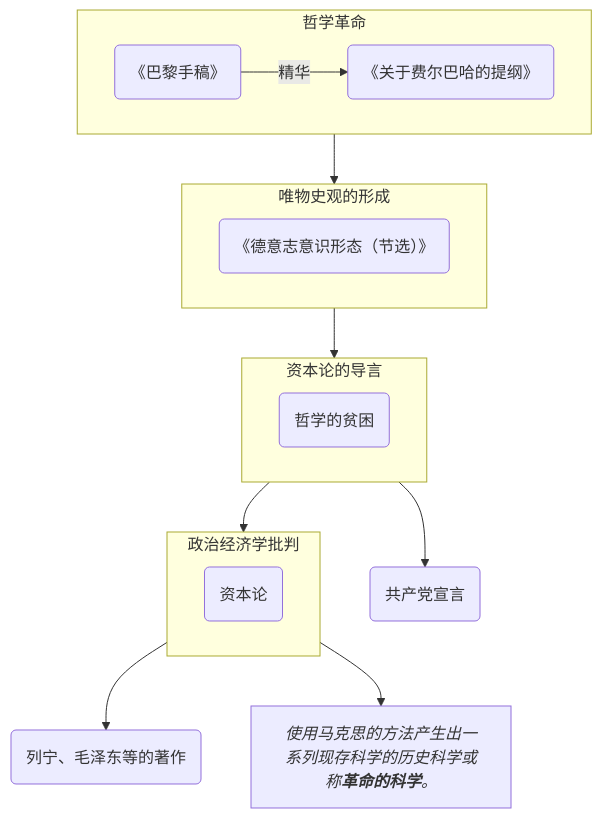
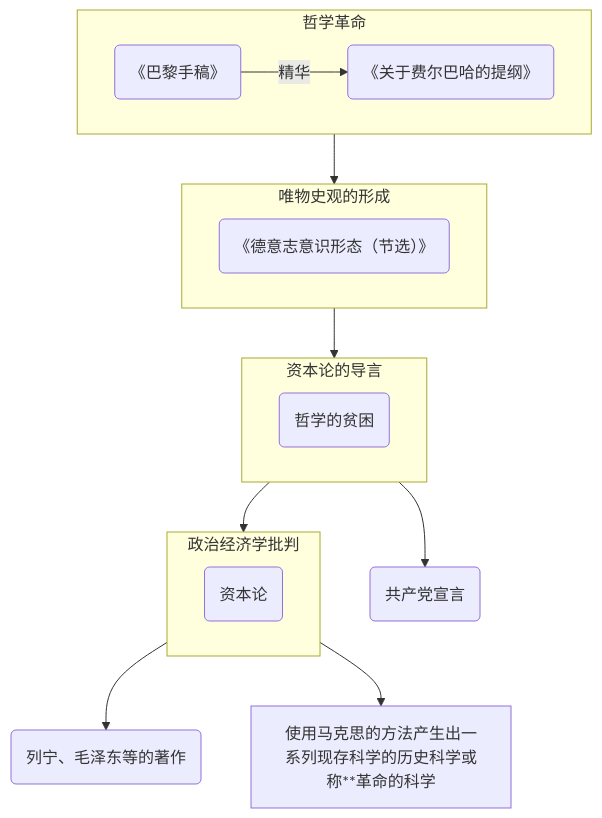
Before and after one commit to rainsins/rainsins.github.io: the diagram in _posts/2024-08-07-marx.md, drawn with Mermaid. The commit also changed 1 other file, not shown here.

Commit message:
update mermaid->font

````diff
--- a/_posts/2024-08-07-marx.md
+++ b/_posts/2024-08-07-marx.md
@@ -96,20 +96,20 @@
 ```mermaid
 flowchart
     subgraph 哲学革命
     V(《巴黎手稿》) -->|精华| C(《关于费尔巴哈的提纲》)
     end
     subgraph 唯物史观的形成
     E(《德意志意识形态（节选）》)
     end
     subgraph 资本论的导言
     F(哲学的贫困)
     end
     subgraph 政治经济学批判
     I(资本论)
     end
     H(共产党宣言)
     哲学革命 --> 唯物史观的形成 --> 资本论的导言--> 政治经济学批判
     资本论的导言 --> H
     政治经济学批判 --> N(列宁、毛泽东等的著作)
-    政治经济学批判 --> J["`_使用马克思的方法产生出一系列现存科学的历史科学或称**革命的科学**。_`"]
+    政治经济学批判 --> J[使用马克思的方法产生出一系列现存科学的历史科学或称**革命的科学]
 ```
````
